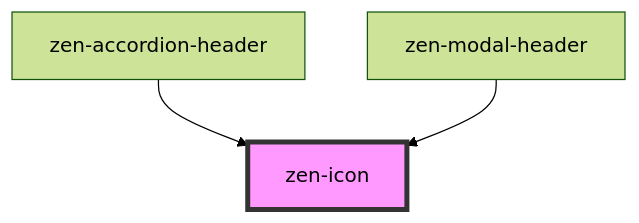
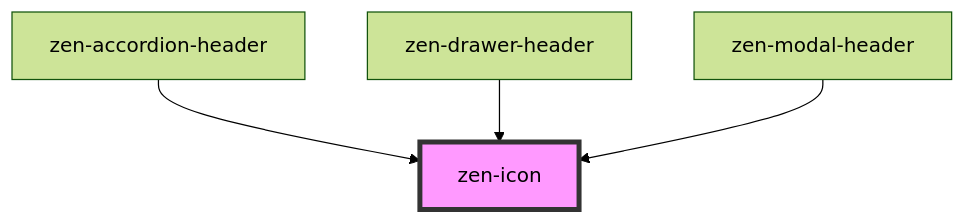
One commit to woodi3/zen-webcomponents changed the diagram in src/components/zen-icon/readme.md. Above: the diagram before and after it, drawn with Mermaid (forest theme). The commit also changed other lines of this file and 31 other files, not shown here.

First line of the commit message:
(feature): Zen Drawer component (#36)

````diff
--- a/src/components/zen-icon/readme.md
+++ b/src/components/zen-icon/readme.md
@@ -25,6 +26,7 @@
 ```mermaid
 graph TD;
   zen-accordion-header --> zen-icon
+  zen-drawer-header --> zen-icon
   zen-modal-header --> zen-icon
   style zen-icon fill:#f9f,stroke:#333,stroke-width:4px
 ```
````
